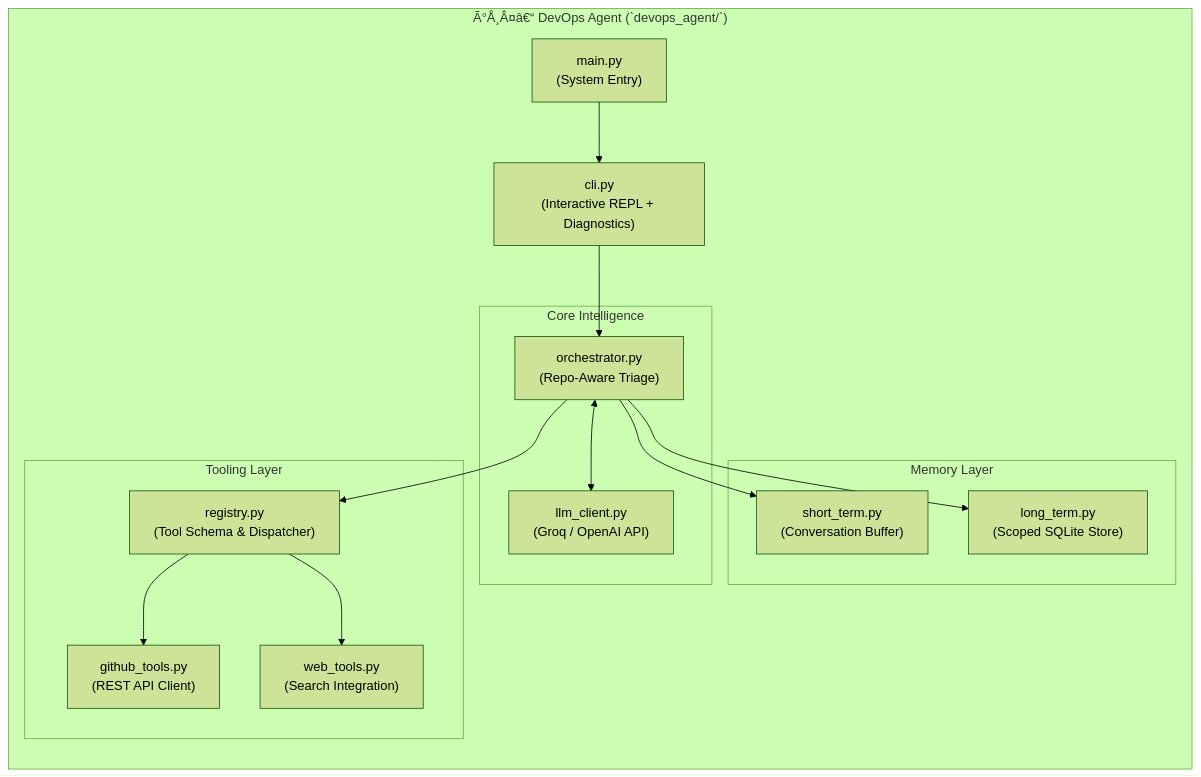
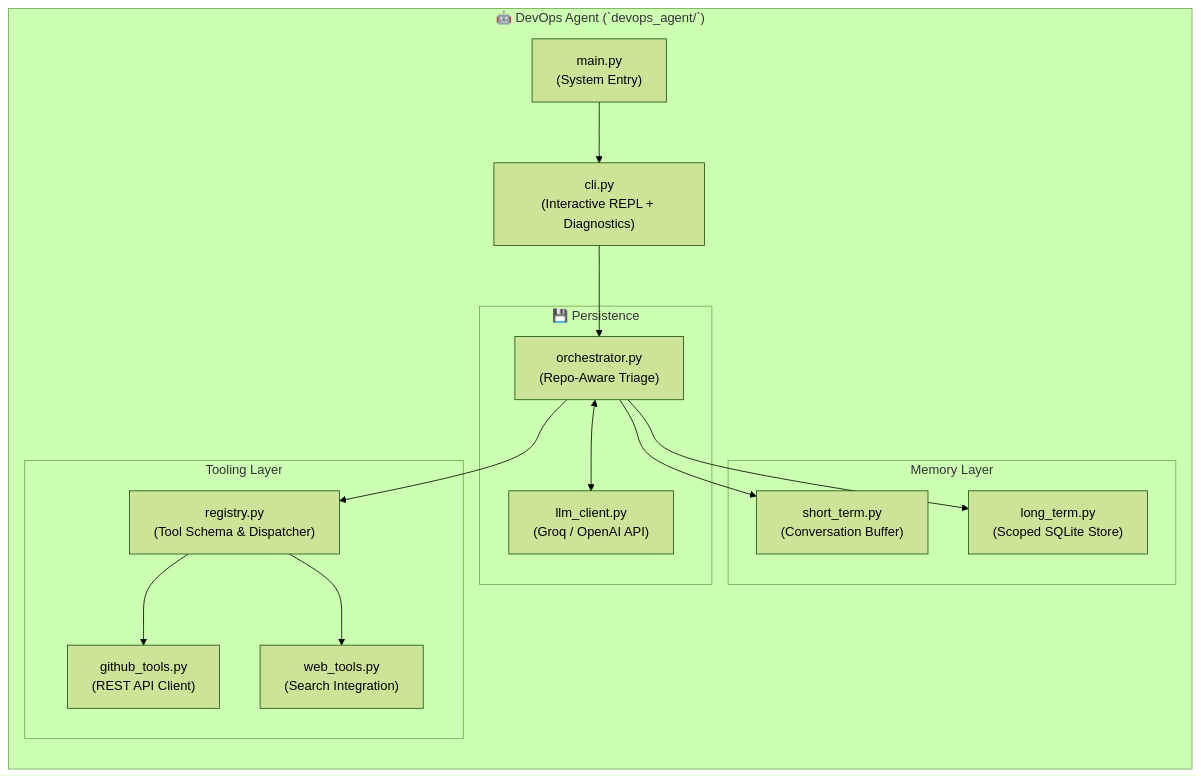
One commit to paarths-collab/observable-agent-control-panel-v2 changed the first of 3 diagrams in docs/devops_agent_architecture.md. Above: the diagram before and after it, drawn with Mermaid (forest theme). The commit also changed other lines of this file and 6 other files, not shown here.

````diff
--- a/docs/devops_agent_architecture.md
+++ b/docs/devops_agent_architecture.md
@@ -9,37 +9,37 @@
 ```mermaid
 graph TD
-    subgraph "Ã°Å¸Â¤â€“ DevOps Agent (`devops_agent/`)"
+    subgraph "🤖 DevOps Agent (`devops_agent/`)"
         direction TB
         
         MAIN["main.py<br/>(System Entry)"]
         CLI["cli.py<br/>(Interactive REPL + Diagnostics)"]
         
-        subgraph "Core Intelligence"
+        subgraph "💾 Persistence"
             ORCH["orchestrator.py<br/>(Repo-Aware Triage)"]
             LLM["llm_client.py<br/>(Groq / OpenAI API)"]
             
             ORCH <--> LLM
         end
         
         subgraph "Memory Layer"
             STM["short_term.py<br/>(Conversation Buffer)"]
             LTM["long_term.py<br/>(Scoped SQLite Store)"]
             
             ORCH --> STM
             ORCH --> LTM
         end
         
         subgraph "Tooling Layer"
             REG["registry.py<br/>(Tool Schema & Dispatcher)"]
             GH["github_tools.py<br/>(REST API Client)"]
             WEB["web_tools.py<br/>(Search Integration)"]
             
             ORCH --> REG
             REG --> GH
             REG --> WEB
         end
         
         MAIN --> CLI
         CLI --> ORCH
     end
 ```
````
